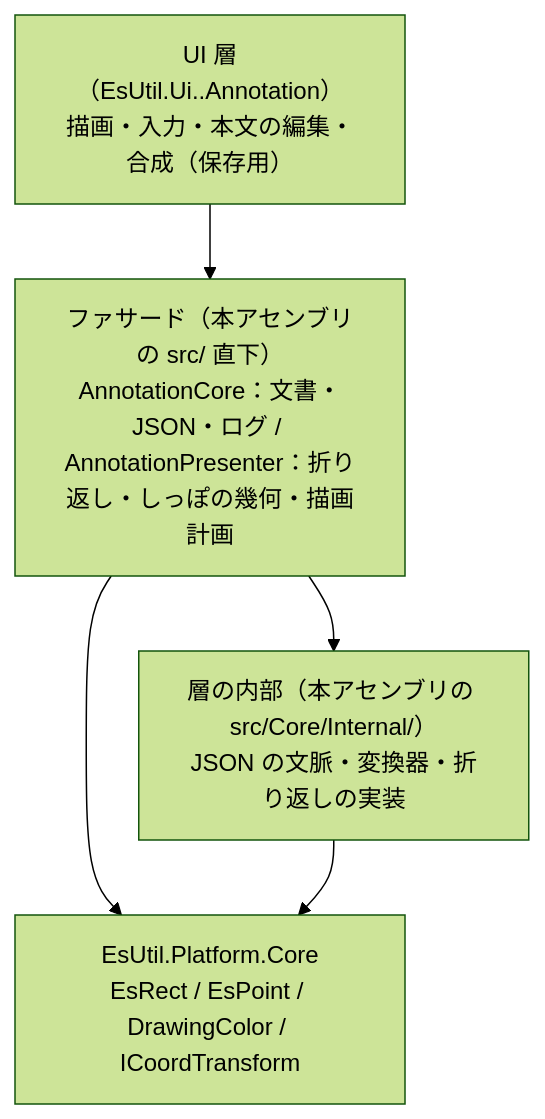
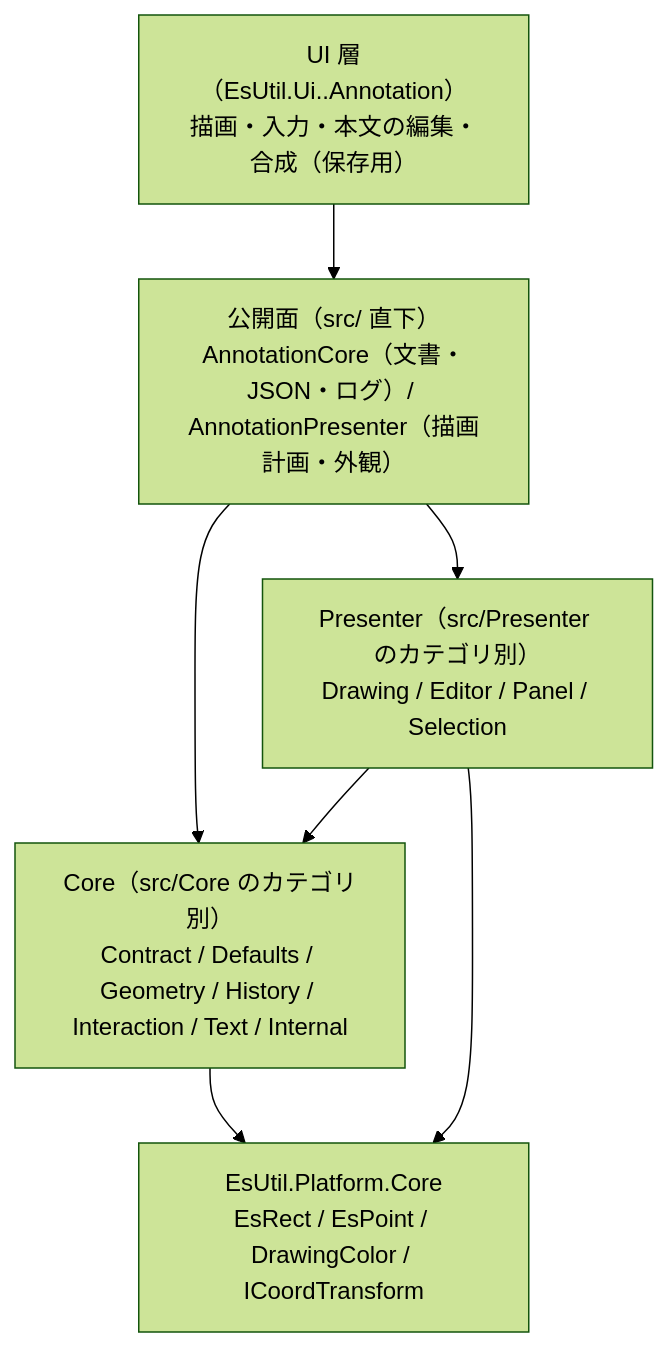
Before and after one commit to tomokuni/EsUtil: the diagram in EsUtil/Feature.Annotation.Core/docs/SPEC_System.md, drawn with Mermaid (forest theme). The commit also changed other lines of this file and 164 other files, not shown here.

````diff
--- a/EsUtil/Feature.Annotation.Core/docs/SPEC_System.md
+++ b/EsUtil/Feature.Annotation.Core/docs/SPEC_System.md
@@ -34,11 +34,14 @@
 ```mermaid
 flowchart TB
     UI["UI 層（EsUtil.Ui.<UI>.Annotation）<br/>描画・入力・本文の編集・合成（保存用）"]
-    F["ファサード（本アセンブリの src/ 直下）<br/>AnnotationCore：文書・JSON・ログ / AnnotationPresenter：折り返し・しっぽの幾何・描画計画"]
-    C["層の内部（本アセンブリの src/Core/Internal/）<br/>JSON の文脈・変換器・折り返しの実装"]
+    F["公開面（src/ 直下）<br/>AnnotationCore（文書・JSON・ログ）/ AnnotationPresenter（描画計画・外観）"]
+    C["Core（src/Core のカテゴリ別）<br/>Contract / Defaults / Geometry / History / Interaction / Text / Internal"]
+    P["Presenter（src/Presenter のカテゴリ別）<br/>Drawing / Editor / Panel / Selection"]
     PC["EsUtil.Platform.Core<br/>EsRect / EsPoint / DrawingColor / ICoordTransform"]
     UI --> F
     F --> C
-    F --> PC
+    F --> P
+    P --> C
     C --> PC
+    P --> PC
 ```
````
